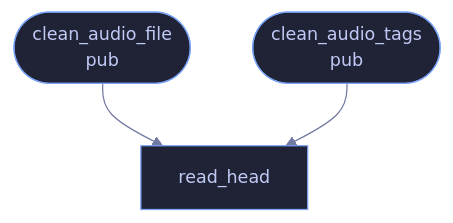
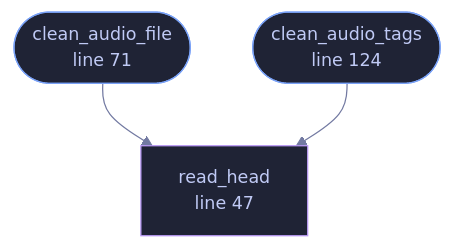
The diagram in wiki/File-veilvoice-meta-audio.md (tilas01/veilvoice), drawn with Mermaid before and after one commit. The commit also changed other lines of this file and 182 other files, not shown here.

````diff
--- a/wiki/File-veilvoice-meta-audio.md
+++ b/wiki/File-veilvoice-meta-audio.md
@@ -53,9 +66,13 @@
 ```mermaid
 %%{init: {"theme":"base","themeVariables":{"background":"#1a1b26","primaryColor":"#1f2335","primaryTextColor":"#c0caf5","primaryBorderColor":"#7aa2f7","secondaryColor":"#16161e","tertiaryColor":"#16161e","lineColor":"#737aa2","textColor":"#c0caf5","mainBkg":"#1f2335","nodeBorder":"#7aa2f7","clusterBkg":"#16161e","clusterBorder":"#2f3549","fontFamily":"ui-monospace, SFMono-Regular, Consolas, monospace","fontSize":"14px"}}}%%
 flowchart TD
-    n_read_head["read_head"]
-    n_clean_audio_file(["clean_audio_file<br/>pub"])
-    n_clean_audio_tags(["clean_audio_tags<br/>pub"])
+    n_read_head["read_head<br/>line 47"]
+    n_clean_audio_file(["clean_audio_file<br/>line 71"])
+    n_clean_audio_tags(["clean_audio_tags<br/>line 124"])
     n_clean_audio_file --> n_read_head
     n_clean_audio_tags --> n_read_head
+    classDef entry fill:#1f2335,stroke:#7aa2f7,color:#c0caf5
+    class n_clean_audio_file,n_clean_audio_tags entry
+    classDef helper fill:#1f2335,stroke:#bb9af7,color:#c0caf5
+    class n_read_head helper
 ```
````
